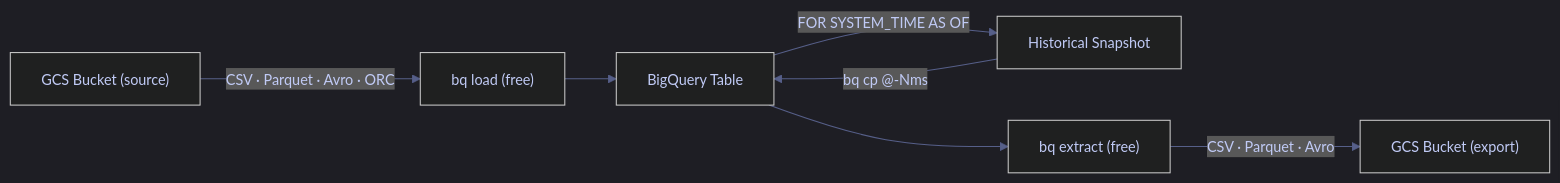
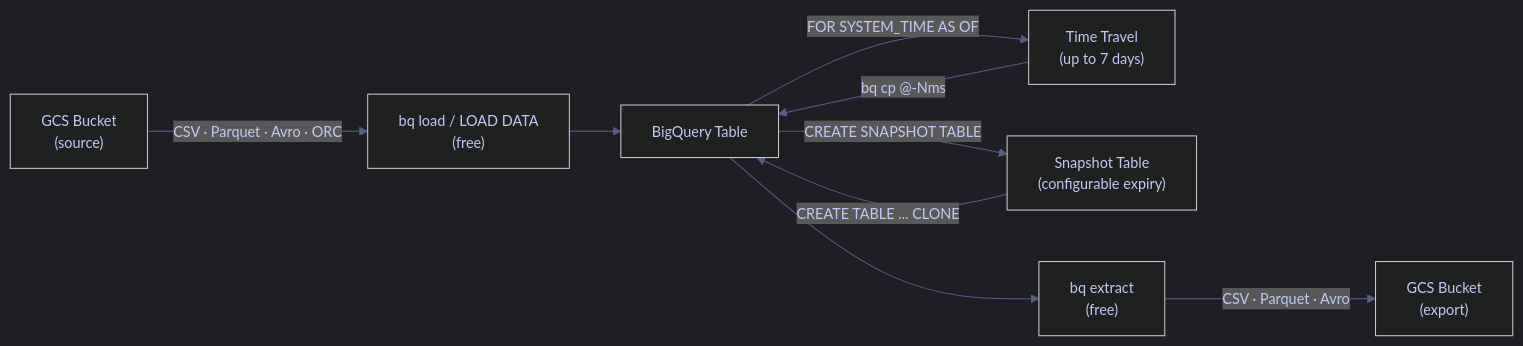
The diagram in content/06-GCP/03-BigQuery/02-data-loading-and-export.md (alp78/elysium), drawn with Mermaid before and after one commit. The commit also changed other lines of this file and 114 other files, not shown here.

````diff
--- a/content/06-GCP/03-BigQuery/02-data-loading-and-export.md
+++ b/content/06-GCP/03-BigQuery/02-data-loading-and-export.md
@@ -210,28 +422,31 @@
 ```mermaid
 %%{init: {'theme': 'dark', 'themeVariables': {
   'primaryColor': '#292e42',
   'primaryTextColor': '#c0caf5',
   'primaryBorderColor': '#565f89',
   'lineColor': '#565f89',
   'secondaryColor': '#1a1b26',
   'tertiaryColor': '#24283b',
   'noteTextColor': '#c0caf5',
   'noteBkgColor': '#292e42',
   'textColor': '#c0caf5',
   'fontSize': '14px'
 }}}%%
 flowchart LR
-    GCS1["GCS Bucket (source)"]
-    LOAD["bq load (free)"]
+    GCS1["GCS Bucket\n(source)"]
+    LOAD["bq load / LOAD DATA\n(free)"]
     BQ["BigQuery Table"]
-    TT["Historical Snapshot"]
-    EXTRACT["bq extract (free)"]
-    GCS2["GCS Bucket (export)"]
+    TT["Time Travel\n(up to 7 days)"]
+    SNAP["Snapshot Table\n(configurable expiry)"]
+    EXTRACT["bq extract\n(free)"]
+    GCS2["GCS Bucket\n(export)"]
 
     GCS1 -->|"CSV · Parquet · Avro · ORC"| LOAD
     LOAD --> BQ
     BQ -->|"FOR SYSTEM_TIME AS OF"| TT
     TT -->|"bq cp @-Nms"| BQ
+    BQ -->|"CREATE SNAPSHOT TABLE"| SNAP
+    SNAP -->|"CREATE TABLE ... CLONE"| BQ
     BQ --> EXTRACT
     EXTRACT -->|"CSV · Parquet · Avro"| GCS2
 ```
````
